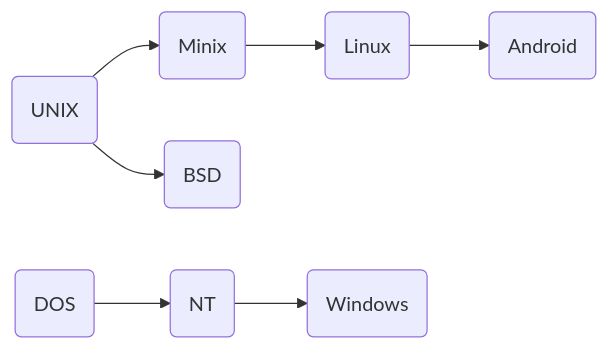
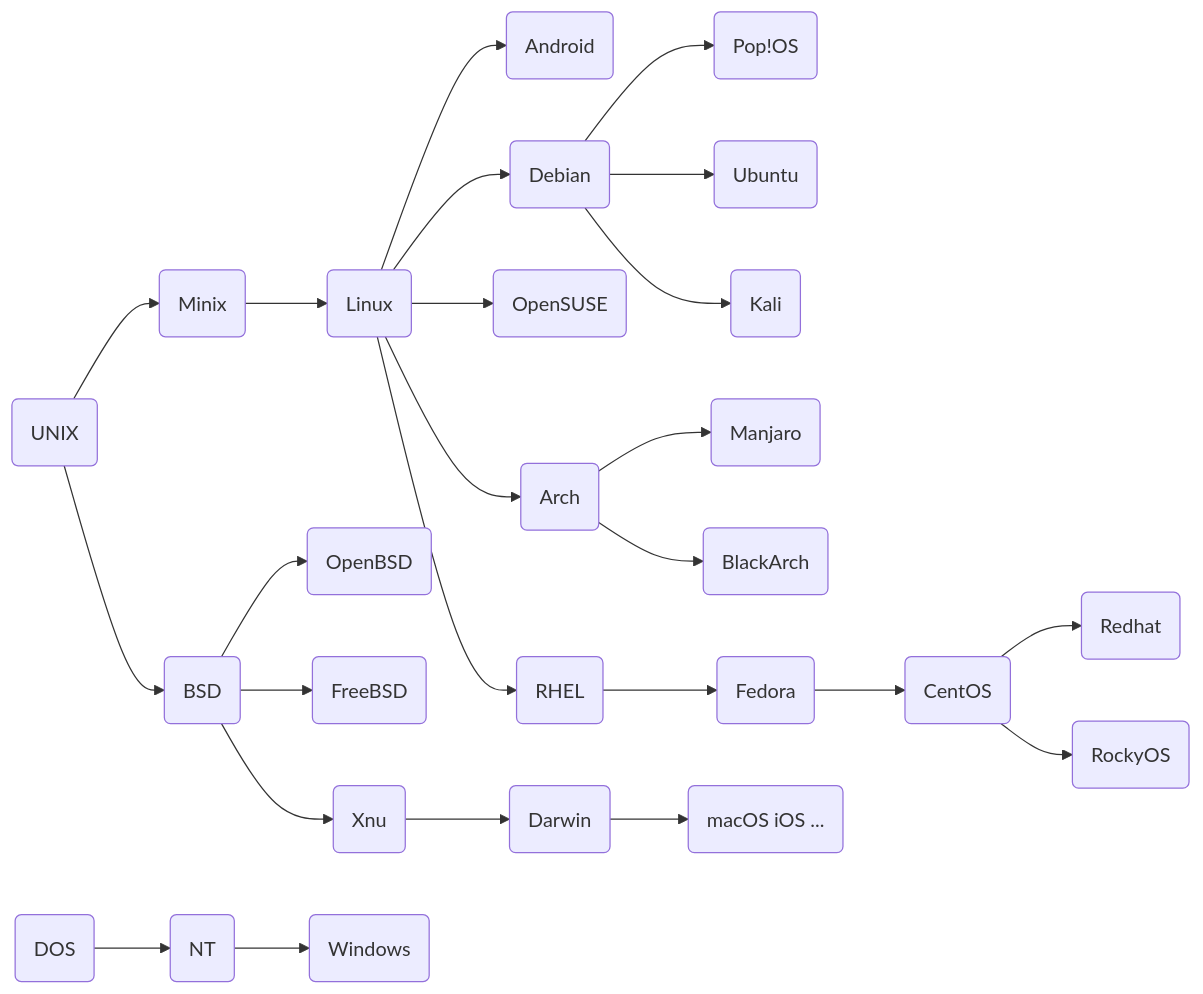
Before and after one commit to XingZhe-Li/XingZhe-Li.github.io: the first of 5 diagrams in EssayLab/Articles/开源.md, drawn with Mermaid. The commit also changed other lines of this file and 2 other files, not shown here.

Commit message:
OpenSource Update!

````diff
--- a/EssayLab/Articles/开源.md
+++ b/EssayLab/Articles/开源.md
@@ -33,6 +33,25 @@
 ```mermaid
 graph LR
 	UNIX(UNIX) --> Minix(Minix) --> Linux(Linux) --> Android(Android)
 	UNIX(UNIX) --> BSD(BSD)
+	BSD --> OpenBSD(OpenBSD)
+	BSD --> FreeBSD(FreeBSD)
+	BSD --> XNU(Xnu) --> Darwin(Darwin) --> macOS(macOS iOS ...)
 	DOS(DOS) --> NT(NT) --> Windows(Windows)
+	
+	Linux --> Debian(Debian)
+	Debian --> Pop!OS(Pop!OS)
+	Debian --> Ubuntu(Ubuntu)
+	Debian --> Kali(Kali)
+	
+	Linux --> OpenSUSE(OpenSUSE)
+	
+	Linux --> Arch(Arch)
+	Arch --> Manjaro(Manjaro)
+	Arch --> BlackArch(BlackArch)
+	
+	Linux --> RHEL(RHEL) --> Fedora(Fedora)
+	Fedora --> CentOS(CentOS) --> Redhat(Redhat) 
+	CentOS --> RockyOS(RockyOS)
+	
 ```
````
